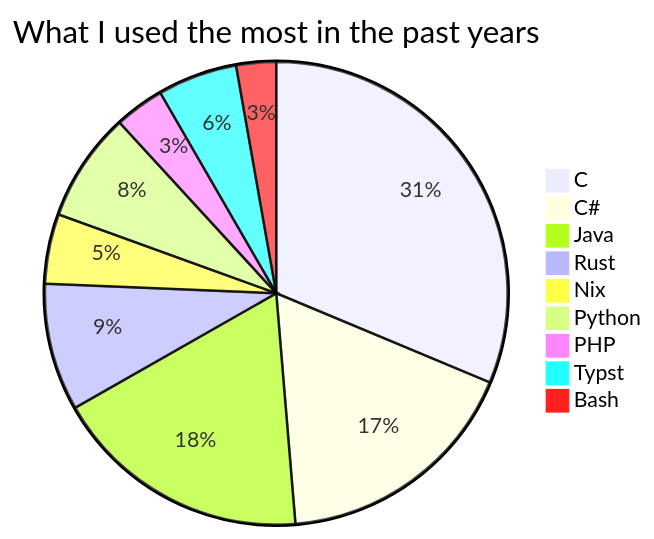
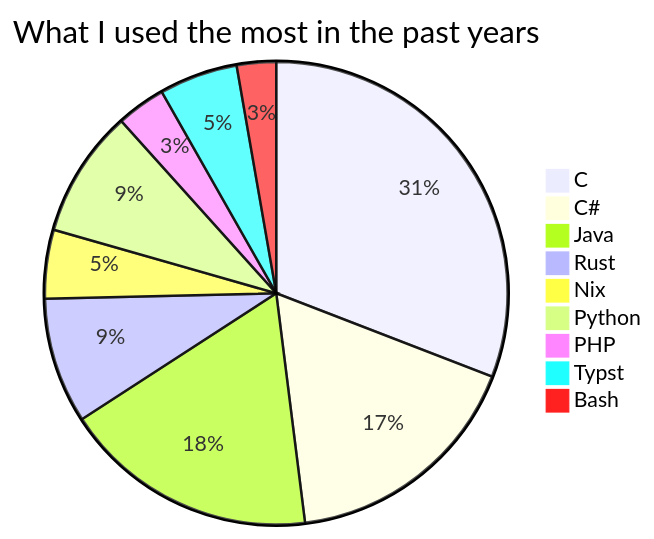
Before and after one commit to Alexis-Fouquet/Alexis-Fouquet: the first of 3 diagrams in README.md, drawn with Mermaid.

Commit message:
update(pie): increase python time

````diff
--- a/README.md
+++ b/README.md
@@ -13,13 +13,13 @@
 ```mermaid
 pie
     title What I used the most in the past years
     "C": 450
     "C#": 250
     "Java": 260
     "Rust": 128
     "Nix": 70
-    "Python": 110
+    "Python": 130
     "PHP": 50
     "Typst": 80
     "Bash": 40
 ```
````
